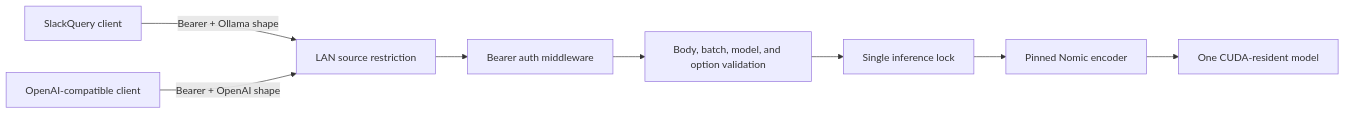
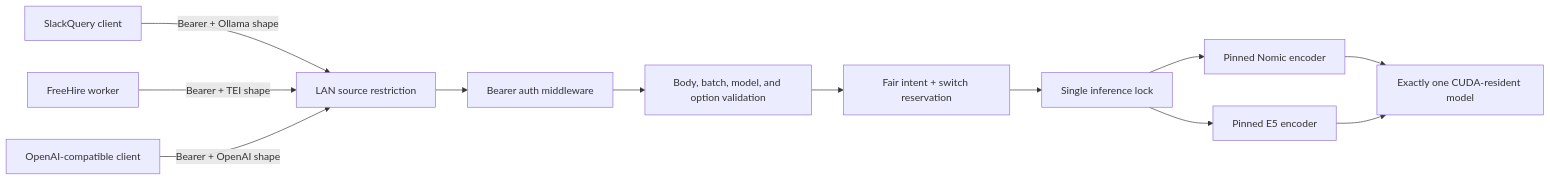
One commit to thomasmaerz/embedserve changed the diagram in docs/architecture.md. Above: the diagram before and after it, drawn with Mermaid. The commit also changed other lines of this file and 9 other files, not shown here.

````diff
--- a/docs/architecture.md
+++ b/docs/architecture.md
@@ -12,10 +12,14 @@
 ```mermaid
 flowchart LR
   SQ[SlackQuery client] -->|Bearer + Ollama shape| FW[LAN source restriction]
+  FH[FreeHire worker] -->|Bearer + TEI shape| FW
   OA[OpenAI-compatible client] -->|Bearer + OpenAI shape| FW
   FW --> AUTH[Bearer auth middleware]
   AUTH --> LIMITS[Body, batch, model, and option validation]
-  LIMITS --> LOCK[Single inference lock]
-  LOCK --> MODEL[Pinned Nomic encoder]
-  MODEL --> GPU[One CUDA-resident model]
+  LIMITS --> SCHED[Fair intent + switch reservation]
+  SCHED --> LOCK[Single inference lock]
+  LOCK --> N[Pinned Nomic encoder]
+  LOCK --> E[Pinned E5 encoder]
+  N --> GPU[Exactly one CUDA-resident model]
+  E --> GPU
 ```
````
